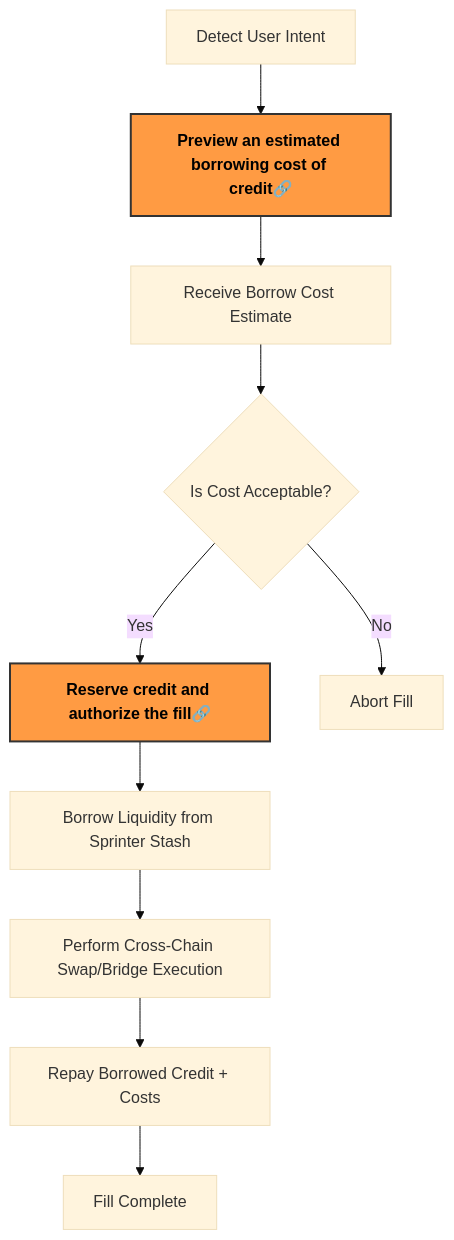
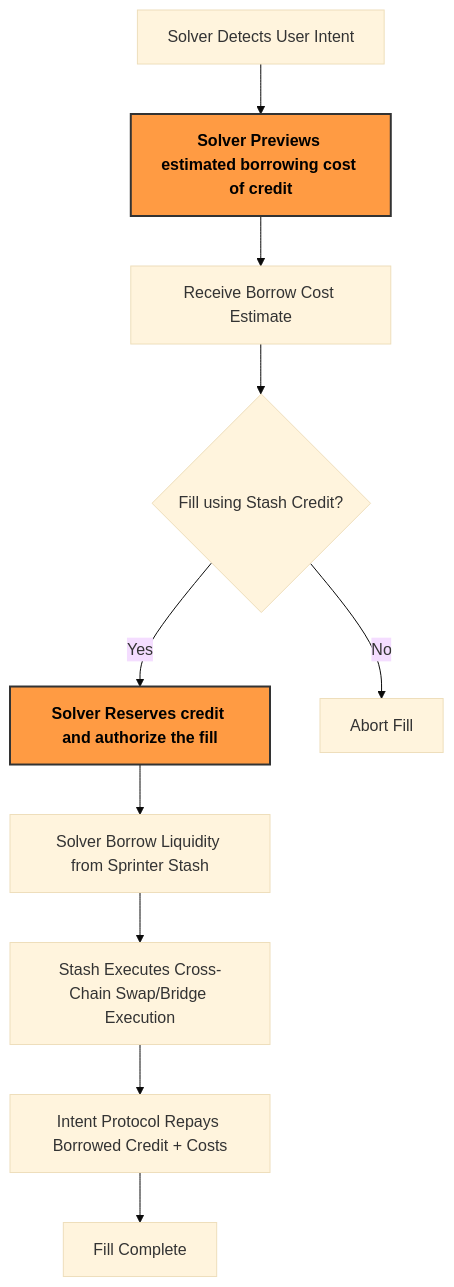
One commit to sprintertech/sprinter-sdk changed the diagram in docs/docs/02-Stash/index.md. Above: the diagram before and after it, drawn with Mermaid (base theme). The commit also changed other lines of this file and 12 other files, not shown here.

````diff
--- a/docs/docs/02-Stash/index.md
+++ b/docs/docs/02-Stash/index.md
@@ -24,19 +24,19 @@
 ```mermaid
 flowchart TD
-  A[Detect User Intent] --> B[Preview an estimated borrowing cost of credit🔗]
+  A[Solver Detects User Intent] --> B[Solver Previews estimated borrowing cost of credit]
   B --> C[Receive Borrow Cost Estimate]
-  C --> D{Is Cost Acceptable?}
-  D -- Yes --> E[Reserve credit and authorize the fill🔗]
+  C --> D{Fill using Stash Credit?}
+  D -- Yes --> E[Solver Reserves credit and authorize the fill]
   D -- No --> F[Abort Fill]
-  E --> G[Borrow Liquidity from Sprinter Stash]
-  G --> H[Perform Cross-Chain Swap/Bridge Execution]
-  H --> I[Repay Borrowed Credit + Costs]
+  E --> G[Solver Borrow Liquidity from Sprinter Stash]
+  G --> H[Stash Executes Cross-Chain Swap/Bridge Execution]
+  H --> I[Intent Protocol Repays Borrowed Credit + Costs]
   I --> J[Fill Complete]
 
 click B "borrow-cost-api" "Borrow Cost"
 style B fill:#FF9B43,stroke:#333,stroke-width:2px,color:#000,font-weight:bold
 
 click E "borrow-quote-api" "Borrow Quote"
 style E fill:#FF9B43,stroke:#333,stroke-width:2px,color:#000,font-weight:bold
 
 ```
````
